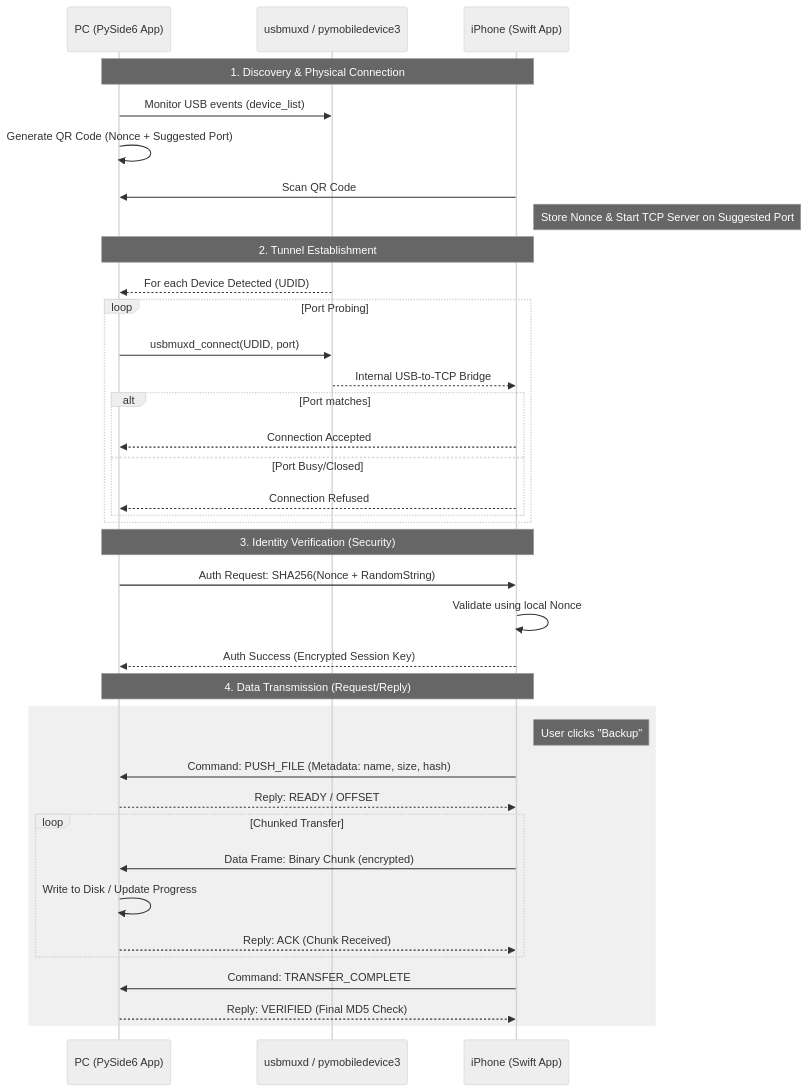
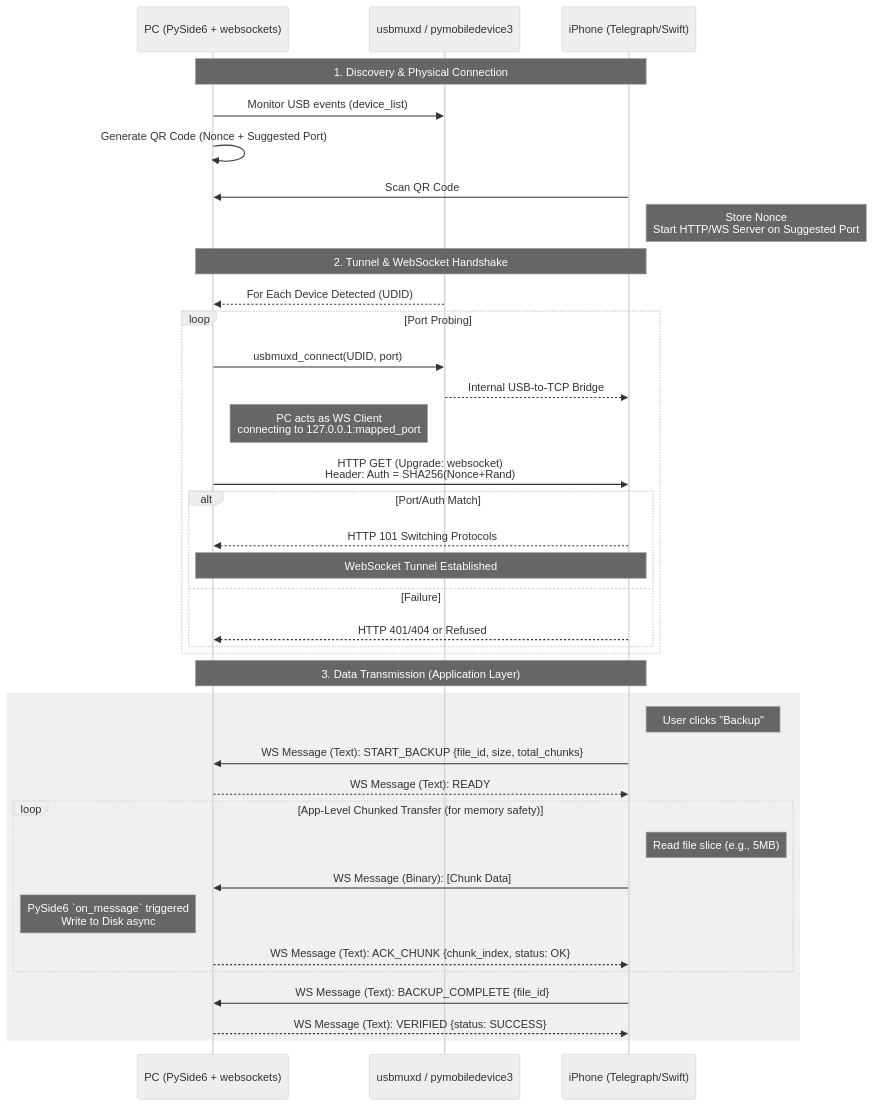
Before and after one commit to ws2356/image-search: the diagram in dt_image_search/specs/[dev]usb-tunnel.md, drawn with Mermaid (neutral theme). The commit also changed 3 other files, not shown here.

`````diff
--- a/dt_image_search/specs/[dev]usb-tunnel.md
+++ b/dt_image_search/specs/[dev]usb-tunnel.md
@@ -1,45 +1,44 @@
 ```mermaid
 sequenceDiagram
-    participant PC as PC (PySide6 App)
+    participant PC as PC (PySide6 + websockets)
     participant US as usbmuxd / pymobiledevice3
-    participant iOS as iPhone (Swift App)
+    participant iOS as iPhone (Telegraph/Swift)
 
     Note over PC, iOS: 1. Discovery & Physical Connection
     PC->>US: Monitor USB events (device_list)
     PC->>PC: Generate QR Code (Nonce + Suggested Port)
     iOS->>PC: Scan QR Code
-    Note right of iOS: Store Nonce & Start TCP Server on Suggested Port
+    Note right of iOS: Store Nonce<br/>Start HTTP/WS Server on Suggested Port
 
-    Note over PC, iOS: 2. Tunnel Establishment
-    US-->>PC: For each Device Detected (UDID)
+    Note over PC, iOS: 2. Tunnel & WebSocket Handshake
+    US-->>PC: For Each Device Detected (UDID)
     loop Port Probing
         PC->>US: usbmuxd_connect(UDID, port)
         US-->>iOS: Internal USB-to-TCP Bridge
-        alt Port matches
-            iOS-->>PC: Connection Accepted
-        else Port Busy/Closed
-            iOS-->>PC: Connection Refused
+        Note right of PC: PC acts as WS Client<br/>connecting to 127.0.0.1:mapped_port
+        PC->>iOS: HTTP GET (Upgrade: websocket)<br/>Header: Auth = SHA256(Nonce+Rand)
+        alt Port/Auth Match
+            iOS-->>PC: HTTP 101 Switching Protocols
+            Note over PC, iOS: WebSocket Tunnel Established
+        else Failure
+            iOS-->>PC: HTTP 401/404 or Refused
         end
     end
 
-    Note over PC, iOS: 3. Identity Verification (Security)
-    PC->>iOS: Auth Request: SHA256(Nonce + RandomString)
-    iOS->>iOS: Validate using local Nonce
-    iOS-->>PC: Auth Success (Encrypted Session Key)
-
-    Note over PC, iOS: 4. Data Transmission (Request/Reply)
+    Note over PC, iOS: 3. Data Transmission (Application Layer)
     rect rgb(240, 240, 240)
     Note right of iOS: User clicks "Backup"
-    iOS->>PC: Command: PUSH_FILE (Metadata: name, size, hash)
-    PC-->>iOS: Reply: READY / OFFSET
+    iOS->>PC: WS Message (Text): START_BACKUP {file_id, size, total_chunks}
+    PC-->>iOS: WS Message (Text): READY
     
-    loop Chunked Transfer
-        iOS->>PC: Data Frame: Binary Chunk (encrypted)
-        PC->>PC: Write to Disk / Update Progress
-        PC-->>iOS: Reply: ACK (Chunk Received)
+    loop App-Level Chunked Transfer (for memory safety)
+        Note right of iOS: Read file slice (e.g., 5MB)
+        iOS->>PC: WS Message (Binary): [Chunk Data]
+        Note left of PC: PySide6 `on_message` triggered<br/>Write to Disk async
+        PC-->>iOS: WS Message (Text): ACK_CHUNK {chunk_index, status: OK}
     end
 
-    iOS->>PC: Command: TRANSFER_COMPLETE
-    PC-->>iOS: Reply: VERIFIED (Final MD5 Check)
+    iOS->>PC: WS Message (Text): BACKUP_COMPLETE {file_id}
+    PC-->>iOS: WS Message (Text): VERIFIED {status: SUCCESS}
     end
-````
+```
`````
